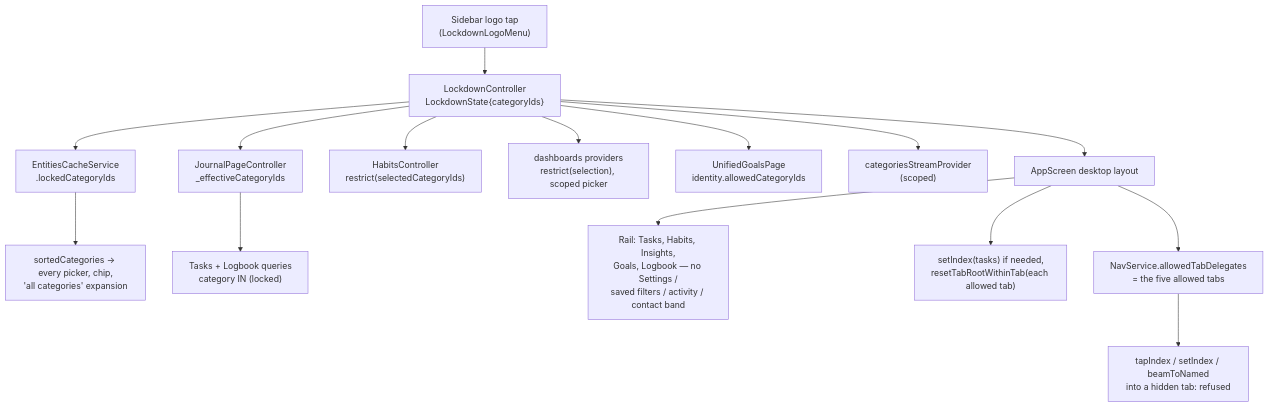
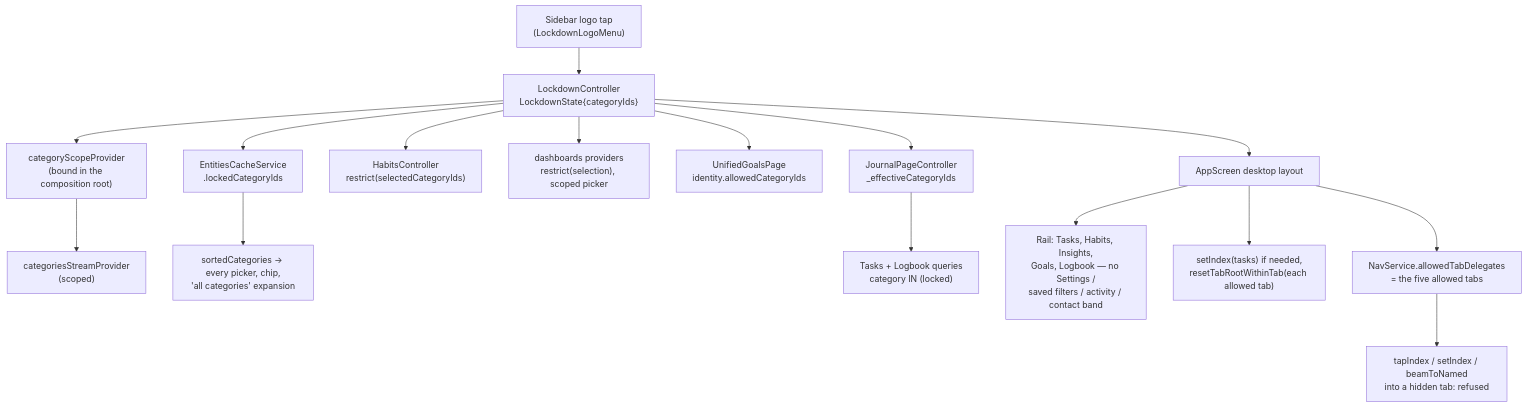
One commit to matthiasn/lotti changed the diagram in knowledge/features/lockdown.md. Above: the diagram before and after it, drawn with Mermaid. The commit also changed other lines of this file and 15 other files, not shown here.

Commit message:
refactor(architecture): GitHub's pull request context and the lockdown scope reach AI, agents and categories through seams, breaks 3 → 0

````diff
--- a/knowledge/features/lockdown.md
+++ b/knowledge/features/lockdown.md
@@ -33,17 +33,18 @@
 ```mermaid
 flowchart TD
   Logo["Sidebar logo tap<br/>(LockdownLogoMenu)"] --> Ctrl["LockdownController<br/>LockdownState{categoryIds}"]
   Ctrl --> Cache["EntitiesCacheService<br/>.lockedCategoryIds"]
   Ctrl --> JPC["JournalPageController<br/>_effectiveCategoryIds"]
   Ctrl --> Habits["HabitsController<br/>restrict(selectedCategoryIds)"]
   Ctrl --> Dash["dashboards providers<br/>restrict(selection), scoped picker"]
   Ctrl --> Goals["UnifiedGoalsPage<br/>identity.allowedCategoryIds"]
-  Ctrl --> CatStream["categoriesStreamProvider<br/>(scoped)"]
+  Ctrl --> Scope["categoryScopeProvider<br/>(bound in the composition root)"]
+  Scope --> CatStream["categoriesStreamProvider<br/>(scoped)"]
   Ctrl --> Shell["AppScreen desktop layout"]
   Cache --> Pickers["sortedCategories → every picker, chip,<br/>'all categories' expansion"]
   JPC --> Query["Tasks + Logbook queries<br/>category IN (locked)"]
   Shell --> Rail["Rail: Tasks, Habits, Insights,<br/>Goals, Logbook — no Settings /<br/>saved filters / activity / contact band"]
   Shell --> Reset["setIndex(tasks) if needed,<br/>resetTabRootWithinTab(each allowed tab)"]
   Shell --> Guard["NavService.allowedTabDelegates<br/>= the five allowed tabs"]
   Guard --> Refused["tapIndex / setIndex / beamToNamed<br/>into a hidden tab: refused"]
 ```
````
